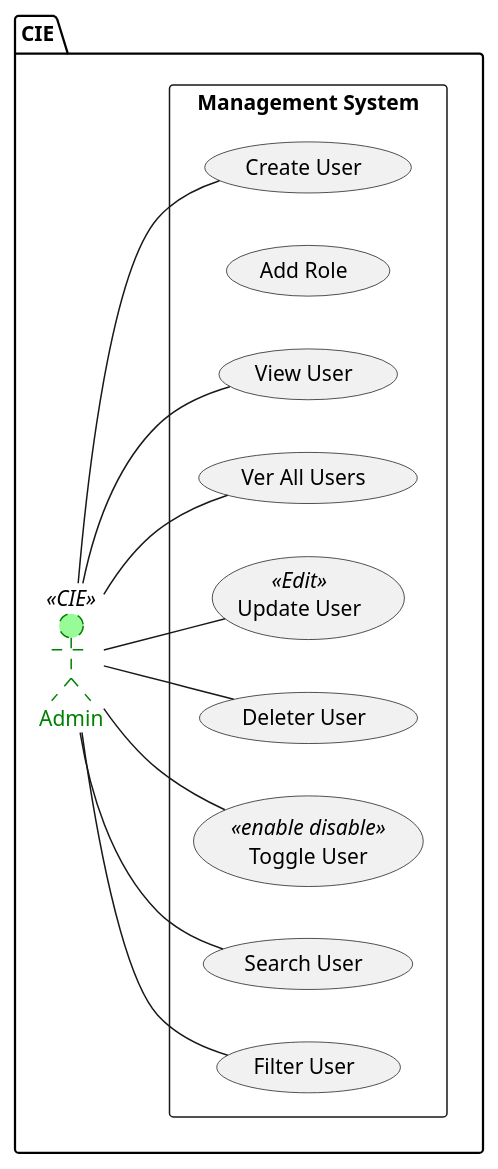
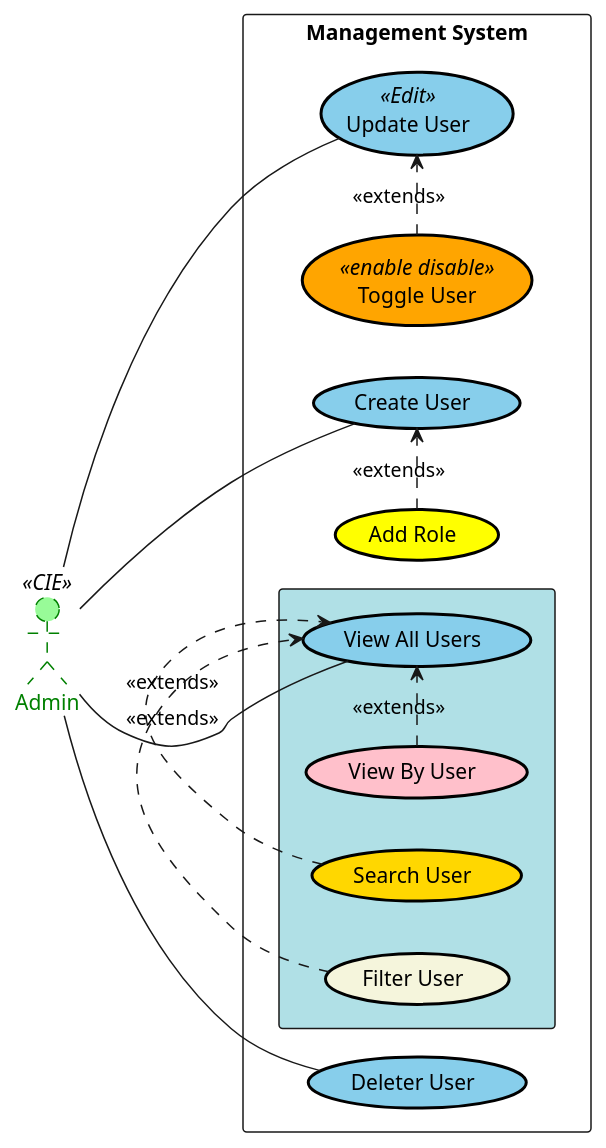
Before and after one commit to CIE-UPB/docs: the diagram in assets/domain-model/UserManagementSystem.puml, drawn with PlantUML. The commit also changed 31 other files, not shown here.

```diff
--- a/assets/domain-model/UserManagementSystem.puml
+++ b/assets/domain-model/UserManagementSystem.puml
@@ -1,28 +1,40 @@
-@startuml Roles
+@startuml UserManagementSystem
+skinparam rectangle {
+  BackgroundColor<<ManagementSystem>> LightGrey
+}
+skinparam usecase {
+  BackgroundColor White
+  BorderColor Black
+  BorderThickness 2
+}
+skinparam actor {
+  BackgroundColor AntiqueWhite
+  BorderColor Black
+}
 left to right direction
 
-package CIE {
-
-    actor "Admin" as admin <<CIE>> #palegreen;line:green;line.dashed;text:green
-    rectangle "Management System" as ManagementSystem {
-        usecase "Create User" as CU
-        usecase "Add Role" as AR
-        usecase "View User" as VU
-        usecase "Ver All Users" as VAU
-        usecase "Update User" as EU <<Edit>>
-        usecase "Deleter User" as DU
-        usecase "Toggle User" as TU <<enable disable>>
-        usecase "Search User" as SU
-        usecase "Filter User" as FU
+actor "Admin" as admin <<CIE>> #palegreen;line:green;line.dashed;text:green
+rectangle "Management System" as ManagementSystem {
+    usecase "Create User" as CU #SkyBlue
+    usecase "Add Role" as AR #Yellow
+    usecase "Update User" as EU <<Edit>> #SkyBlue
+    usecase "Deleter User" as DU #SkyBlue
+    usecase "Toggle User" as TU <<enable disable>> #Orange
+    rectangle #PowderBlue {
+        usecase "View By User" as VU #Pink
+        usecase "View All Users" as VAU #SkyBlue
+        usecase "Search User" as SU #Gold
+        usecase "Filter User" as FU #Beige
     }
-    admin -- CU
-    admin -- VU
-    admin -- VAU
-    admin -- EU
-    admin -- DU
-    admin -- TU
-    admin -- SU
-    admin -- FU
+    
 }
-
+admin -- CU
+admin -- VAU
+admin -- EU
+admin -- DU
+TU .> EU : <<extends>>
+AR .> CU : <<extends>>
+VU .> VAU : <<extends>>
+SU .> VAU : <<extends>>
+FU .> VAU : <<extends>>
 @enduml
```
